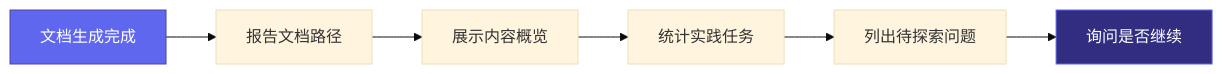
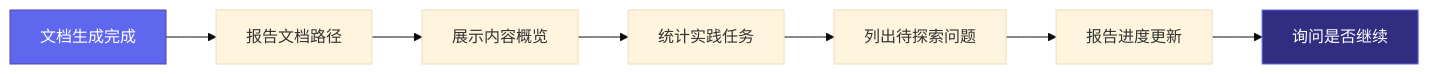
One commit to Michaelooo/100-Day-Cognitive-Improvement-Plan changed the fifth of 5 diagrams in .claude/skills/daily-learning/SKILL.md. Above: the diagram before and after it, drawn with Mermaid (base theme). The commit also changed other lines of this file and 2 other files, not shown here.

````diff
--- a/.claude/skills/daily-learning/SKILL.md
+++ b/.claude/skills/daily-learning/SKILL.md
@@ -283,11 +339,12 @@
 ```mermaid
 graph LR
     A[文档生成完成] --> B[报告文档路径]
     B --> C[展示内容概览]
     C --> D[统计实践任务]
     D --> E[列出待探索问题]
-    E --> F[询问是否继续]
-    
+    E --> F[报告进度更新]
+    F --> G[询问是否继续]
+
     style A fill:#5f67ee,stroke:#4f46a8,color:#fff
-    style F fill:#312e81,stroke:#5f67ee,color:#fff
+    style G fill:#312e81,stroke:#5f67ee,color:#fff
 ```
````
